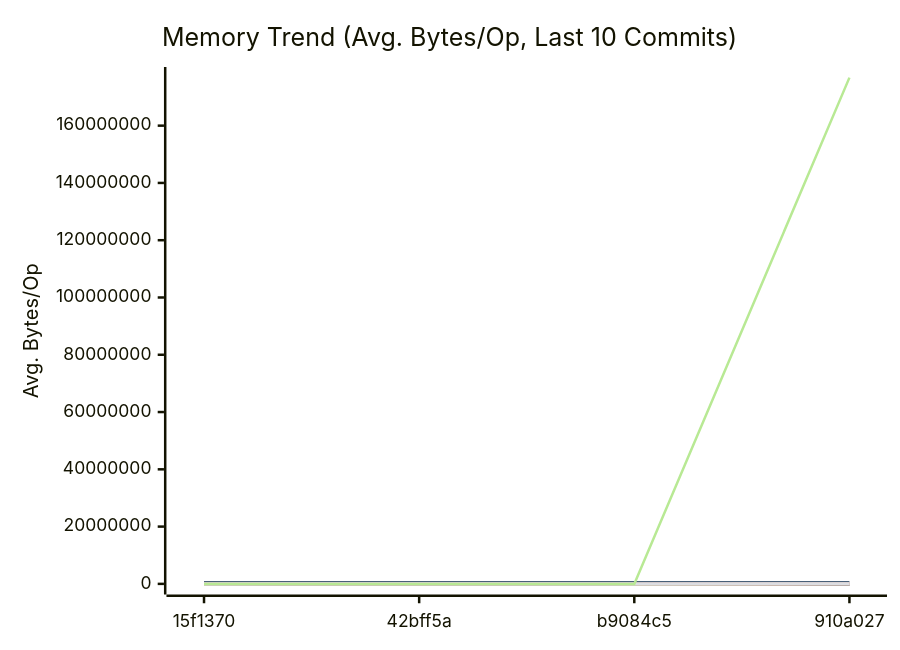
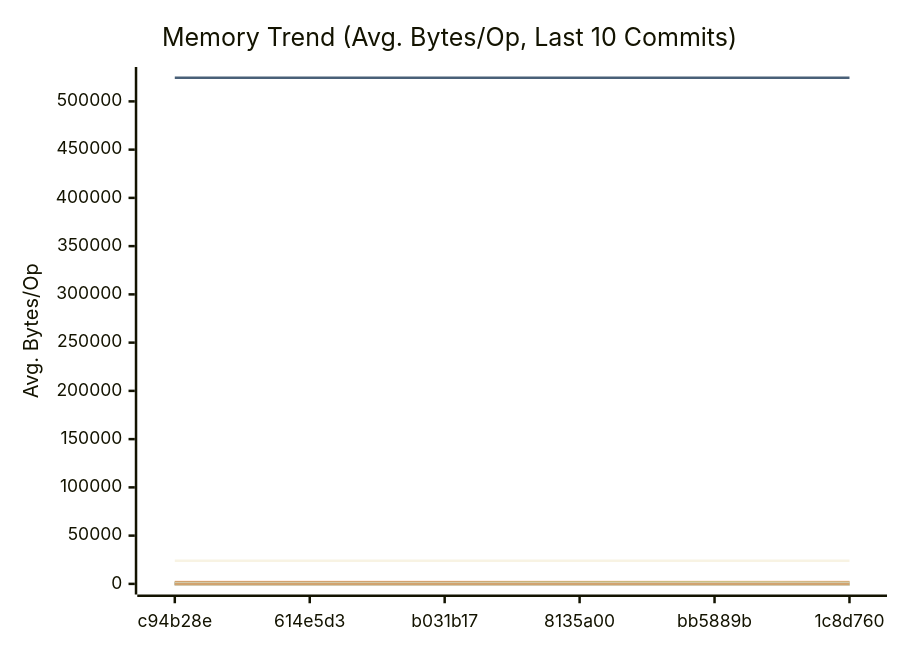
Before and after one commit to alsotoes/momo: the second of 3 diagrams in docs/REFERENCE/PERFORMANCE.md, drawn with Mermaid. The commit also changed other lines of this file and 1 other file, not shown here.

````diff
--- a/docs/REFERENCE/PERFORMANCE.md
+++ b/docs/REFERENCE/PERFORMANCE.md
@@ -403,62 +362,53 @@
 ```mermaid
 xychart-beta
     title "Memory Trend (Avg. Bytes/Op, Last 10 Commits)"
     x-axis "Commit"
     y-axis "Avg. Bytes/Op"
-    x-axis [15f1370,42bff5a,b9084c5,910a027]
+    x-axis [c94b28e,614e5d3,b031b17,8135a00,bb5889b,1c8d760]
     line "AdaptivePutBlob64KiB" [0,0,0,0,0,0,0,0,0,0]
-    line "AWSChunkedReaderSigned" [121,164,135,133,150,155,160,117,118,87]
-    line "AWSChunkedReaderUnsigned" [164,167,144,147,135,162,150,143,128,97]
+    line "AWSChunkedReaderSigned" [98,80,70,106,85,62,72,80,121,164]
+    line "AWSChunkedReaderUnsigned" [75,91,78,84,68,66,70,68,164,167]
     line "CheckMetricsAndSwap" [0,0,0,0,0,0,0,0,0,0]
     line "CrushOptimized" [0,0,0,0,0,0,0,0,0,0]
     line "CrushOriginal" [164,164,164,164,164,164,164,164,164,164]
     line "EtagMatches" [0,0,0,0,0,0,0,0,0,0]
-    line "EtagMatchesSplit" [80,80,80,80,80,80,80,80,80,80]
-    line "FormatListObjectsV2XML_AppendFormat" [524440,524428,524439,524437,524438,524432,524436,524438,524454,524456]
+    line "EtagMatchesSplit" [0,0,0,0,0,0,0,0,80,80]
+    line "FormatListObjectsV2XML_AppendFormat" [524558,524474,524487,524493,524491,524618,524521,524495,524440,524428]
     line "FormatListObjectsV2XML_OldFormat" [24000,24000,24000,24000,24000,24000,24000,24000,24000,24000]
-    line "HashBytes/1MiB" [283,349,298,240,221,363,321,265,256,243]
-    line "HashBytes/256MiB" [326,369,344,262,277,280,351,285,231,198]
-    line "HashBytes/64MiB" [332,335,346,235,309,322,315,284,227,198]
-    line "HashFile/1MiB" [285,353,269,213,266,304,294,250,300,201]
-    line "HashFile/256MiB" [268,363,269,339,261,285,328,279,256,227]
-    line "HashFile/64MiB" [280,307,277,252,272,252,324,259,223,217]
+    line "HashBytes/1MiB" [195,139,187,213,178,135,158,173,283,349]
+    line "HashBytes/256MiB" [191,150,250,237,208,140,144,168,326,369]
+    line "HashBytes/64MiB" [132,159,198,175,180,134,130,144,332,335]
+    line "HashFile/1MiB" [187,160,251,167,203,132,131,173,285,353]
+    line "HashFile/256MiB" [177,172,188,165,187,118,148,172,268,363]
+    line "HashFile/64MiB" [169,207,193,175,165,106,147,200,280,307]
     line "IndexDirectTracking" [0,0,0,0,0,0,0,0,0,0]
     line "IndexSearch" [0,0,0,0,0,0,0,0,0,0]
     line "LastModifiedHeader_AppendFormat" [0,0,0,0,0,0,0,0,0,0]
     line "LastModifiedHeader_Format" [32,32,32,32,32,32,32,32,32,32]
     line "ListPartsTime_AppendFormat" [0,0,0,0,0,0,0,0,0,0]
-    line "ListPartsTime_Format" [24,24,24,24,24,24,24,24,24,24]
+    line "ListPartsTime_Format" [0,0,0,0,0,0,0,0,24,24]
     line "LoadGlobalConfig" [1976,1976,1976,1976,1976,1976,1976,1976,1976,1976]
-    line "LocalWrite/1MiB" [1037,3019,2387,1992,2283,2561,2155,1366,1749,1745]
-    line "LocalWrite/256MiB" [2294,2216,2543,2230,2488,2363,2309,2502,2271,1769]
-    line "LocalWrite/64MiB" [2211,2395,2614,2422,2575,1905,2611,2093,2213,1758]
+    line "LocalWrite/1MiB" [1339,1557,1077,1130,940,952,1105,1110,1037,3019]
+    line "LocalWrite/256MiB" [1532,1495,1600,1673,1446,1129,1329,1440,2294,2216]
+    line "LocalWrite/64MiB" [1597,1782,1648,1456,1098,1310,1406,1520,2211,2395]
     line "PadString" [64,64,64,64,64,64,64,64,64,64]
-    line "ParseACLResource_IndexByte" [0,0,0,0,0,0,0,0,0,0]
-    line "ParseACLResource_Split" [0,0,0,0,0,0,0,0,0,0]
     line "ParseAWSChunkHeader" [0,0,0,0,0,0,0,0,0,0]
-    line "ParseChecksum" [0,0,0,0,0,0,0,0,0,0]
-    line "ParseChecksumDynamicBaseline" [0,0,0,96,96,96,96,96,96,96]
     line "ParseReplicationOrder_NoPrealloc" [408,408,408,408,408,248,248,248,248,248]
     line "ParseReplicationOrder_Prealloc" [240,240,240,240,240,80,80,80,80,80]
     line "PheromoneSelectReplica" [0,0,0,0,0,0,0,0,0,0]
-    line "PickShedTarget" [0,0,0,176,176,176,176,176,176,176]
     line "Placement" [352,352,352,352,352,352,352,352,352,352]
     line "PlacementDomainSpread" [352,352,352,352,352,352,352,352,352,352]
-    line "ReadVerify/1MiB" [315,233,338,301,243,306,221,232,226,189]
-    line "ReadVerify/256MiB" [259,344,329,250,277,285,261,282,297,214]
-    line "ReadVerify/64MiB" [304,251,330,257,226,299,236,309,236,242]
-    line "RebalanceCycle/blobs=100" [0,0,0,0,0,0,0,0,0,0]
-    line "RebalanceCycle/blobs=1000" [0,0,0,0,0,0,0,0,0,0]
-    line "S3PutSpool/1MiB" [208,229,223,270,265,305,224,239,209,191]
-    line "S3PutSpool/256MiB" [235,278,213,226,252,268,197,243,198,200]
-    line "S3PutSpool/64MiB" [169,165,248,245,200,262,239,246,203,196]
+    line "ReadVerify/1MiB" [185,136,220,179,124,139,134,186,315,233]
+    line "ReadVerify/256MiB" [177,204,219,127,151,122,142,158,259,344]
+    line "ReadVerify/64MiB" [175,148,315,131,129,123,132,174,304,251]
+    line "S3PutSpool/1MiB" [134,125,122,170,161,112,121,154,208,229]
+    line "S3PutSpool/256MiB" [149,123,148,219,144,114,124,148,235,278]
+    line "S3PutSpool/64MiB" [156,168,183,168,155,116,118,137,169,165]
     line "SanitizeLog/Safe" [0,0,0,0,0,0,0,0,0,0]
     line "SanitizeLog/Unsafe" [704,704,704,704,704,704,704,704,704,704]
-    line "TrustedRead/1MiB" [228,337,230,208,228,288,260,208,279,191]
-    line "TrustedRead/256MiB" [293,307,202,271,257,267,241,265,244,194]
-    line "TrustedRead/64MiB" [215,297,254,241,250,298,263,220,285,203]
+    line "TrustedRead/1MiB" [186,217,246,135,143,109,127,142,228,337]
+    line "TrustedRead/256MiB" [160,128,226,212,181,127,129,167,293,307]
+    line "TrustedRead/64MiB" [144,220,225,161,144,118,124,169,215,297]
     line "VolumeGetBlob64KiB" [0,0,0,0,0,0,0,0,0,0]
     line "VolumePutBlob64KiB" [0,0,0,0,0,0,0,0,0,0]
-    line "WriteThrottled/throttled-10Gbps" [0,0,0,1419,1419,1419,1419,1419,1419,1419]
-    line "WriteThrottled/unlimited" [0,0,0,176770000,186164000,187511000,194997000,182074000,169675000,117793000]
 ```
````
